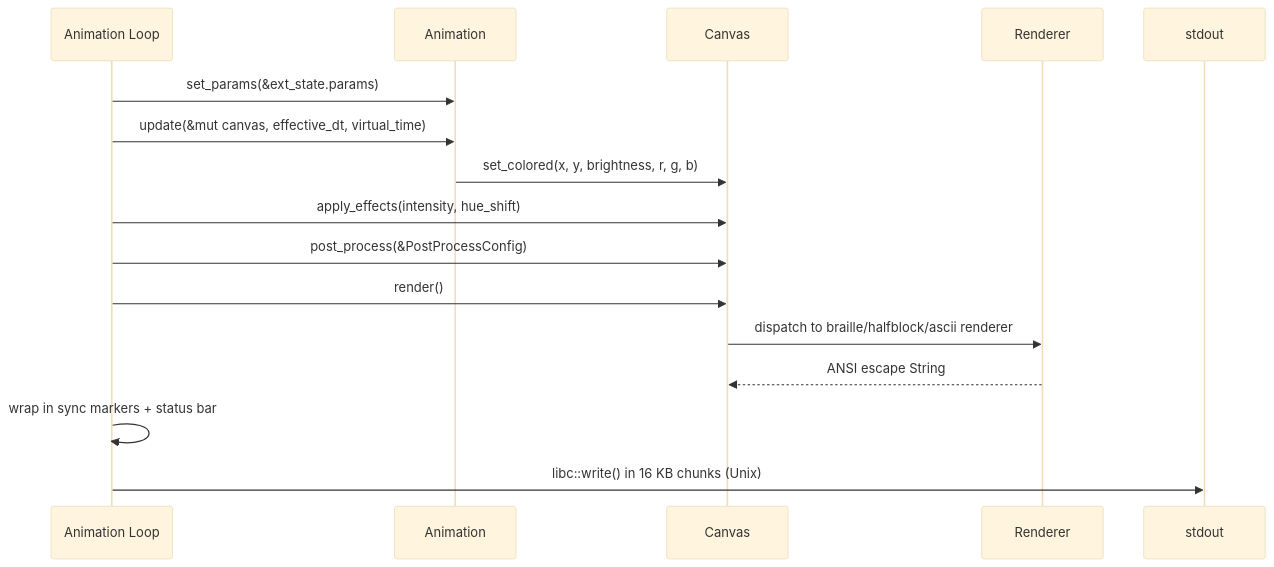
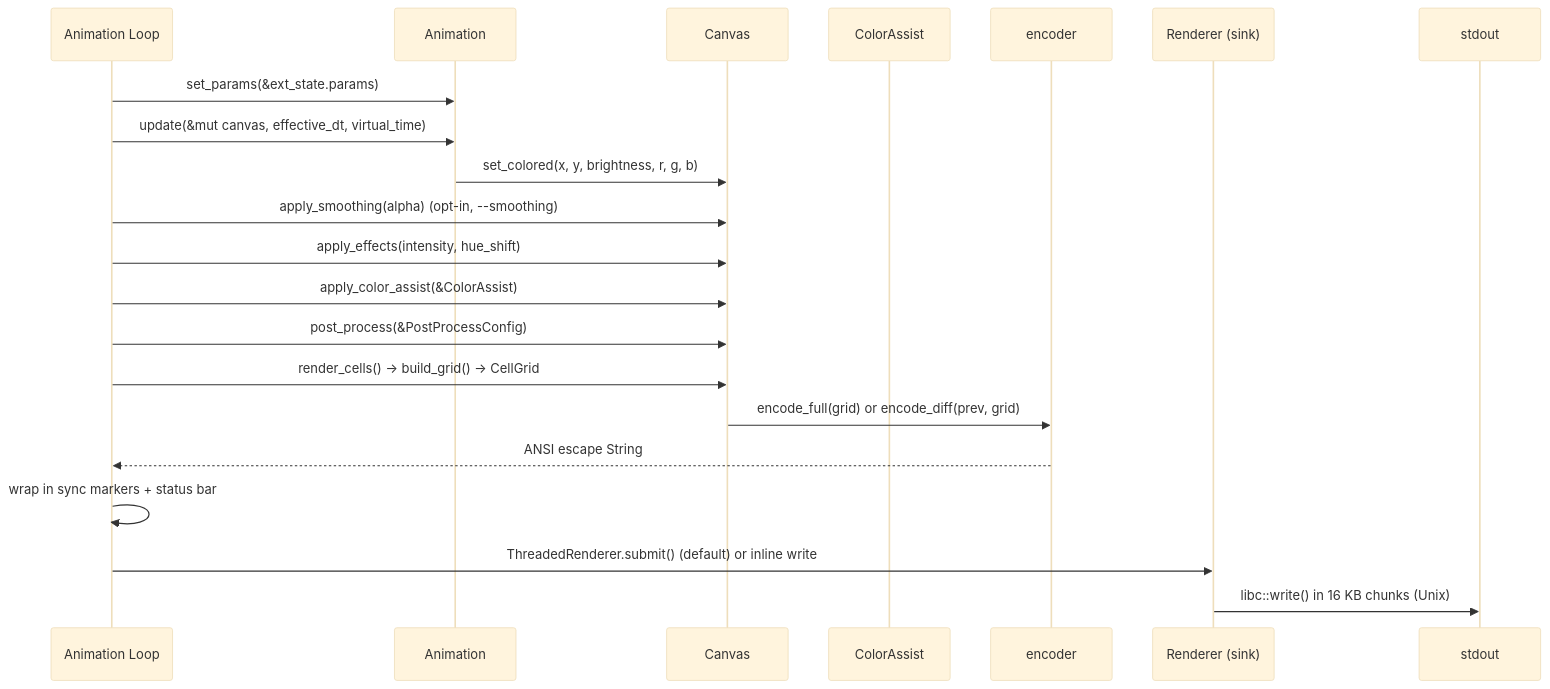
The third of 14 diagrams in docs/ARCHITECTURE.md (paulrobello/termflix), drawn with Mermaid (base theme) before and after one commit. The commit also changed other lines of this file and 2 other files, not shown here.

First line of the commit message:
docs: sync ARCHITECTURE.md, EXTERNAL_ANIMATION.md, README.md to v0.7.0

````diff
--- a/docs/ARCHITECTURE.md
+++ b/docs/ARCHITECTURE.md
@@ -212,19 +237,24 @@
 ```mermaid
 sequenceDiagram
     participant AL as Animation Loop
     participant AN as Animation
     participant CV as Canvas
-    participant RN as Renderer
+    participant CA as ColorAssist
+    participant EN as encoder
+    participant RN as Renderer (sink)
     participant ST as stdout
 
     AL->>AN: set_params(&ext_state.params)
     AL->>AN: update(&mut canvas, effective_dt, virtual_time)
     AN->>CV: set_colored(x, y, brightness, r, g, b)
+    AL->>CV: apply_smoothing(alpha) (opt-in, --smoothing)
     AL->>CV: apply_effects(intensity, hue_shift)
+    AL->>CV: apply_color_assist(&ColorAssist)
     AL->>CV: post_process(&PostProcessConfig)
-    AL->>CV: render()
-    CV->>RN: dispatch to braille/halfblock/ascii renderer
-    RN-->>CV: ANSI escape String
+    AL->>CV: render_cells() → build_grid() → CellGrid
+    CV->>EN: encode_full(grid) or encode_diff(prev, grid)
+    EN-->>AL: ANSI escape String
     AL->>AL: wrap in sync markers + status bar
-    AL->>ST: libc::write() in 16 KB chunks (Unix)
+    AL->>RN: ThreadedRenderer.submit() (default) or inline write
+    RN->>ST: libc::write() in 16 KB chunks (Unix)
 ```
````
